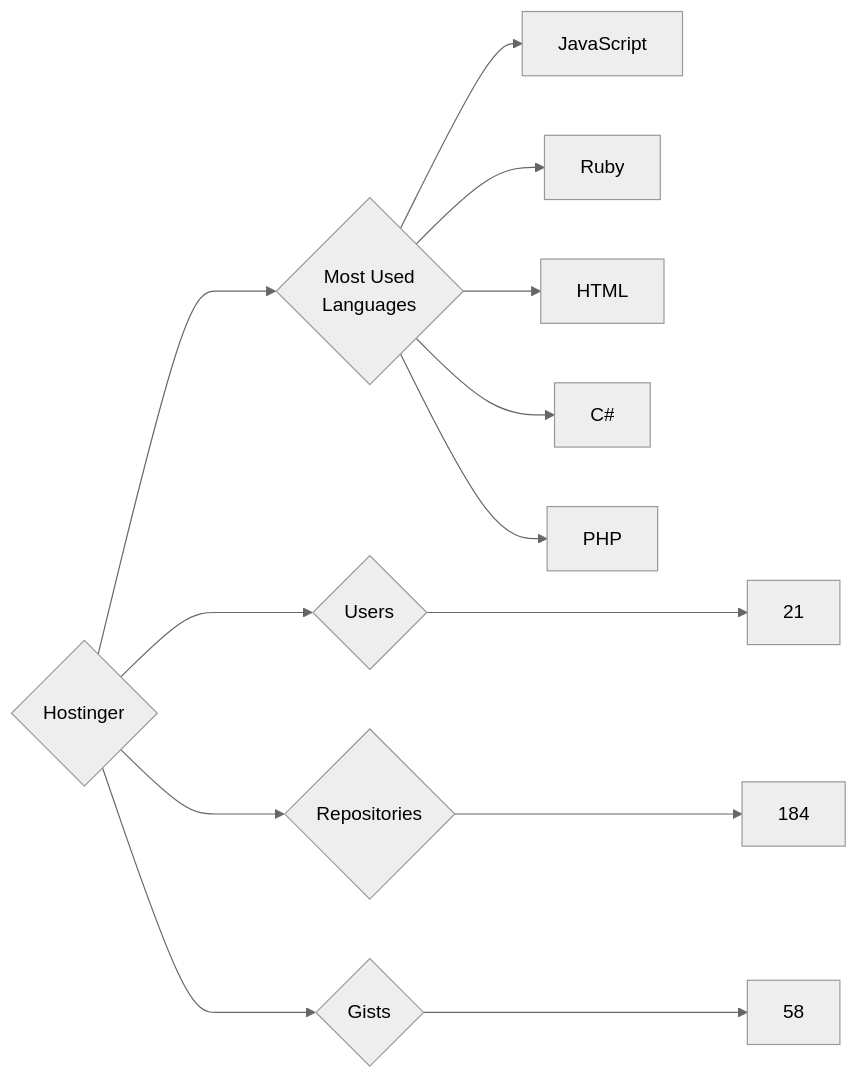
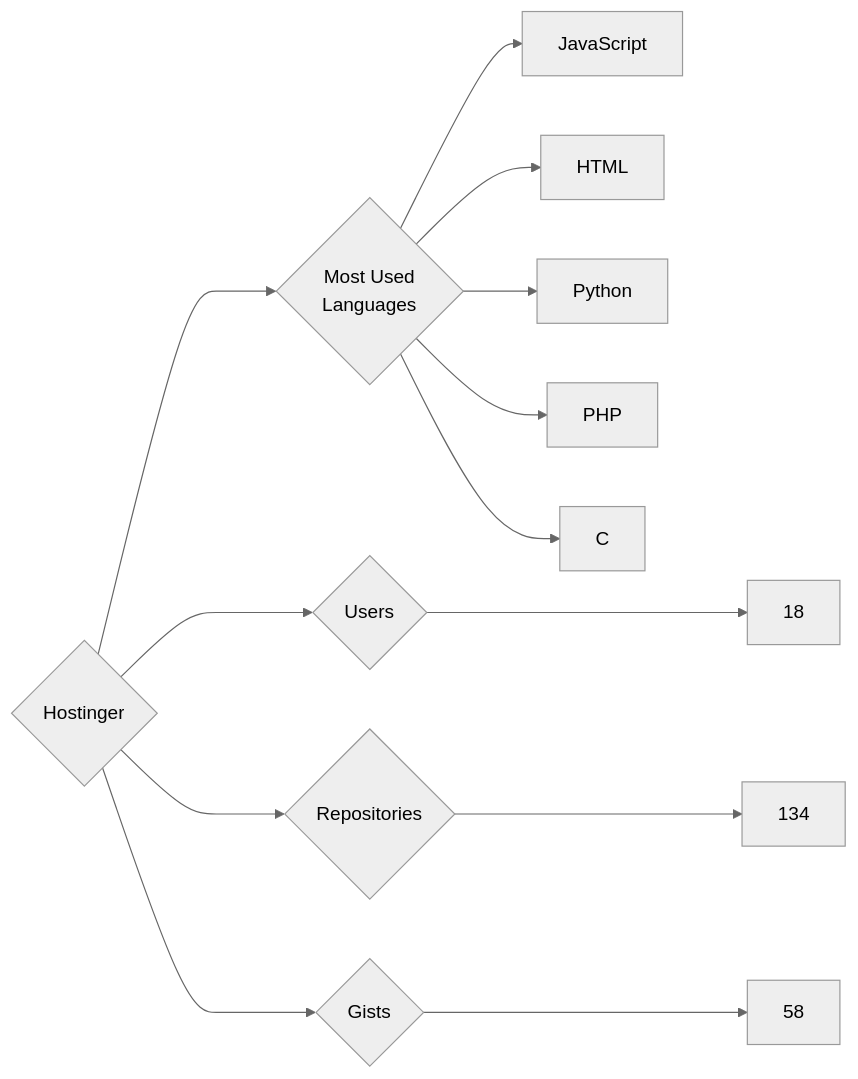
One commit to trickest/insiders changed the diagram in targets/Hostinger/README.md. Above: the diagram before and after it, drawn with Mermaid (neutral theme). The commit also changed 899 other files, not shown here.

````diff
--- a/targets/Hostinger/README.md
+++ b/targets/Hostinger/README.md
@@ -3,13 +3,13 @@
 ```mermaid
 graph LR
 COMPANY_NAME{Hostinger}
-COMPANY_NAME ---> U{Users} ---> UN[21]
-COMPANY_NAME ---> R{Repositories} ---> RN[184]
+COMPANY_NAME ---> U{Users} ---> UN[18]
+COMPANY_NAME ---> R{Repositories} ---> RN[134]
 COMPANY_NAME ---> G{Gists} ---> GN[58]
 COMPANY_NAME ---> ML{Most Used<br>Languages}
 ML --> JavaScript[JavaScript]
-ML --> Ruby[Ruby]
 ML --> HTML[HTML]
-ML --> C#[C#]
+ML --> Python[Python]
 ML --> PHP[PHP]
+ML --> C[C]
 ```
````
